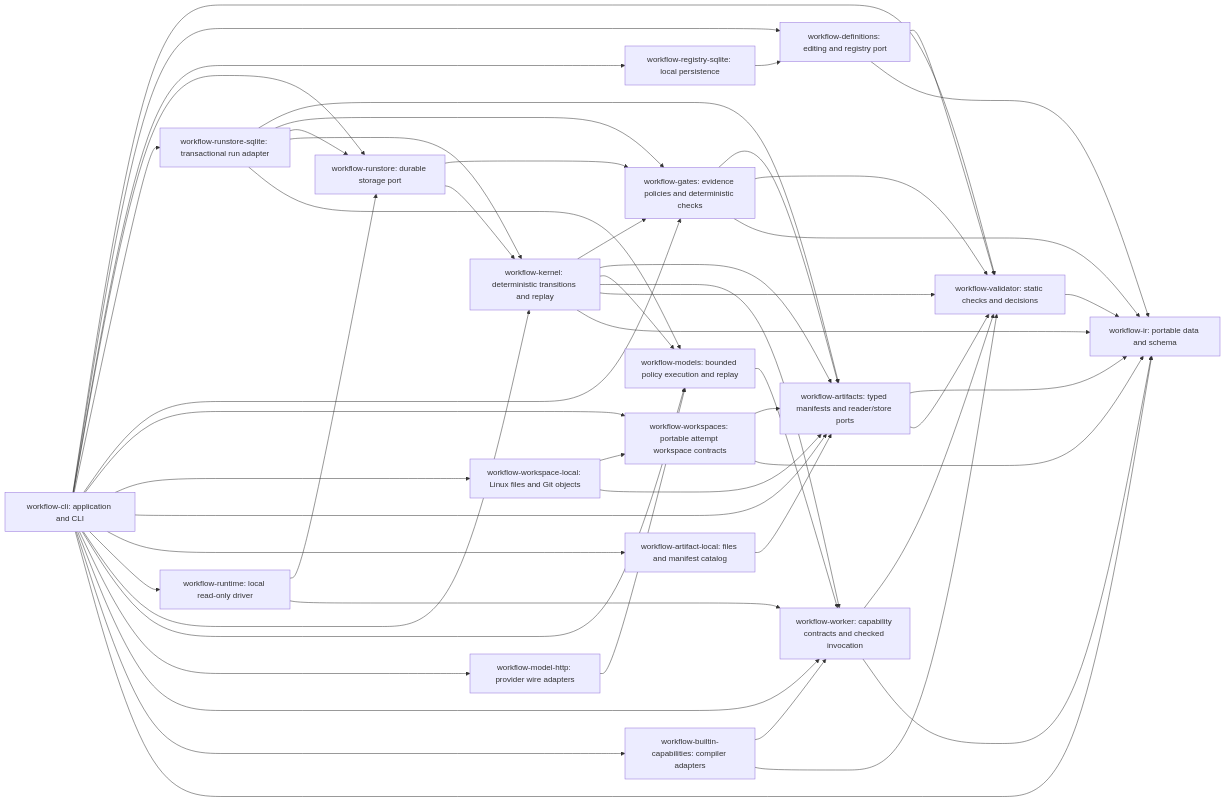
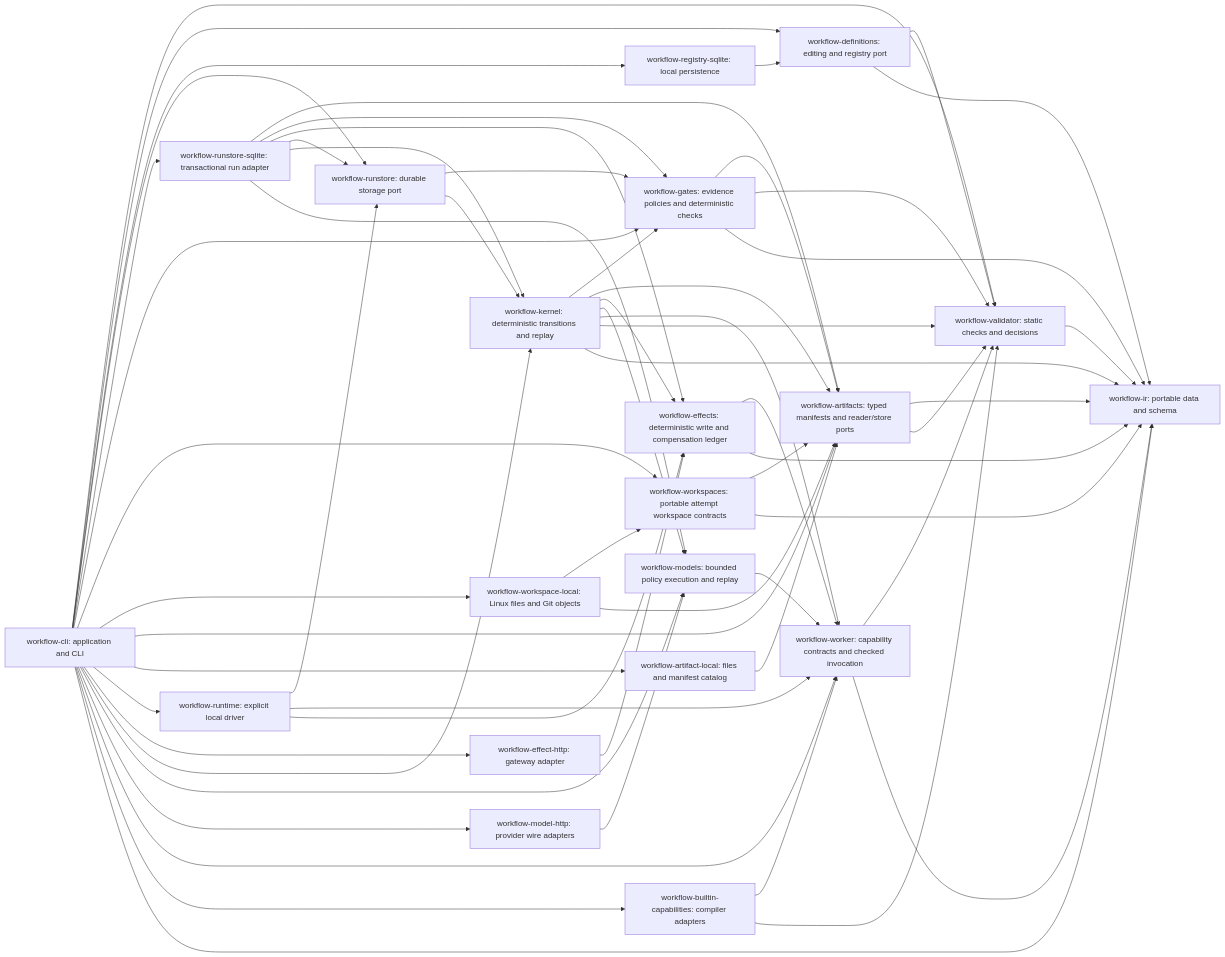
Before and after one commit to coolplayagent/workflow-cli: the diagram in docs/roadmap.md, drawn with Mermaid. The commit also changed other lines of this file and 40 other files, not shown here.

Commit message:
feat: enforce ordered effect compensation and durable manual takeover (#32)

````diff
--- a/docs/roadmap.md
+++ b/docs/roadmap.md
@@ -8,55 +8,62 @@
 ```mermaid
 flowchart LR
     CLI[workflow-cli: application and CLI] --> V[workflow-validator: static checks and decisions]
     CLI --> D[workflow-definitions: editing and registry port]
     CLI --> S[workflow-registry-sqlite: local persistence]
     CLI --> RS[workflow-runstore: durable storage port]
     CLI --> DB[workflow-runstore-sqlite: transactional run adapter]
     CLI --> G[workflow-gates: evidence policies and deterministic checks]
     G --> A
     G --> V
     G --> IR
     CLI --> WS[workflow-workspaces: portable attempt workspace contracts]
     CLI --> WL[workflow-workspace-local: Linux files and Git objects]
     WL --> WS
     WL --> A
     WS --> A
     WS --> IR
     CLI --> A[workflow-artifacts: typed manifests and reader/store ports]
     CLI --> AF[workflow-artifact-local: files and manifest catalog]
     AF --> A
     DB --> A
     DB --> G
     RS --> G
     K --> G
     K --> A
     A --> IR
     A --> V
-    CLI --> RT[workflow-runtime: local read-only driver]
+    CLI --> RT[workflow-runtime: explicit local driver]
     RT --> RS
     RT --> W
+    RT --> E[workflow-effects: deterministic write and compensation ledger]
+    DB --> E
+    K --> E
+    CLI --> EH[workflow-effect-http: gateway adapter]
+    EH --> E
+    E --> W
+    E --> IR
     DB --> RS
     DB --> K
     RS --> K
     CLI --> K[workflow-kernel: deterministic transitions and replay]
     K --> M[workflow-models: bounded policy execution and replay]
     DB --> M
     CLI --> M
     CLI --> MH[workflow-model-http: provider wire adapters]
     MH --> M
     M --> W
     K --> W
     K --> V
     K --> IR
     CLI --> W[workflow-worker: capability contracts and checked invocation]
     CLI --> B[workflow-builtin-capabilities: compiler adapters]
     B --> W
     B --> V
     W --> V
     W --> IR
     S --> D
     D --> V
     D --> IR[workflow-ir: portable data and schema]
     CLI --> IR
     V --> IR
 ```
````
